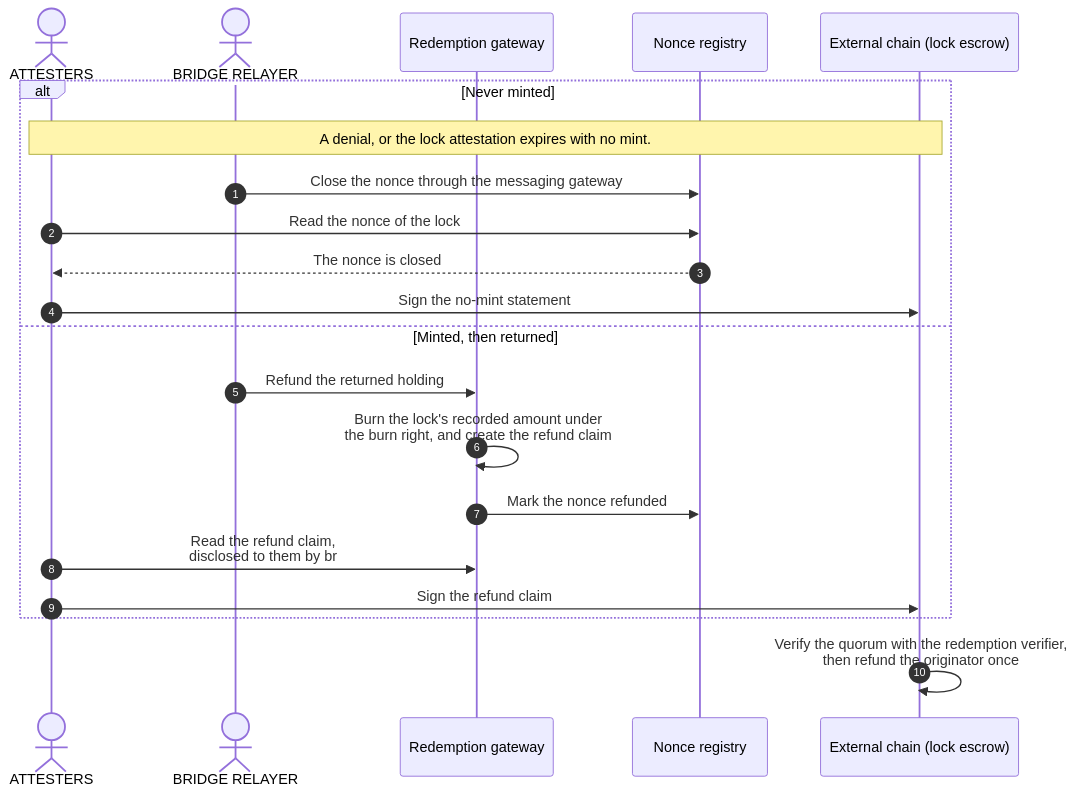
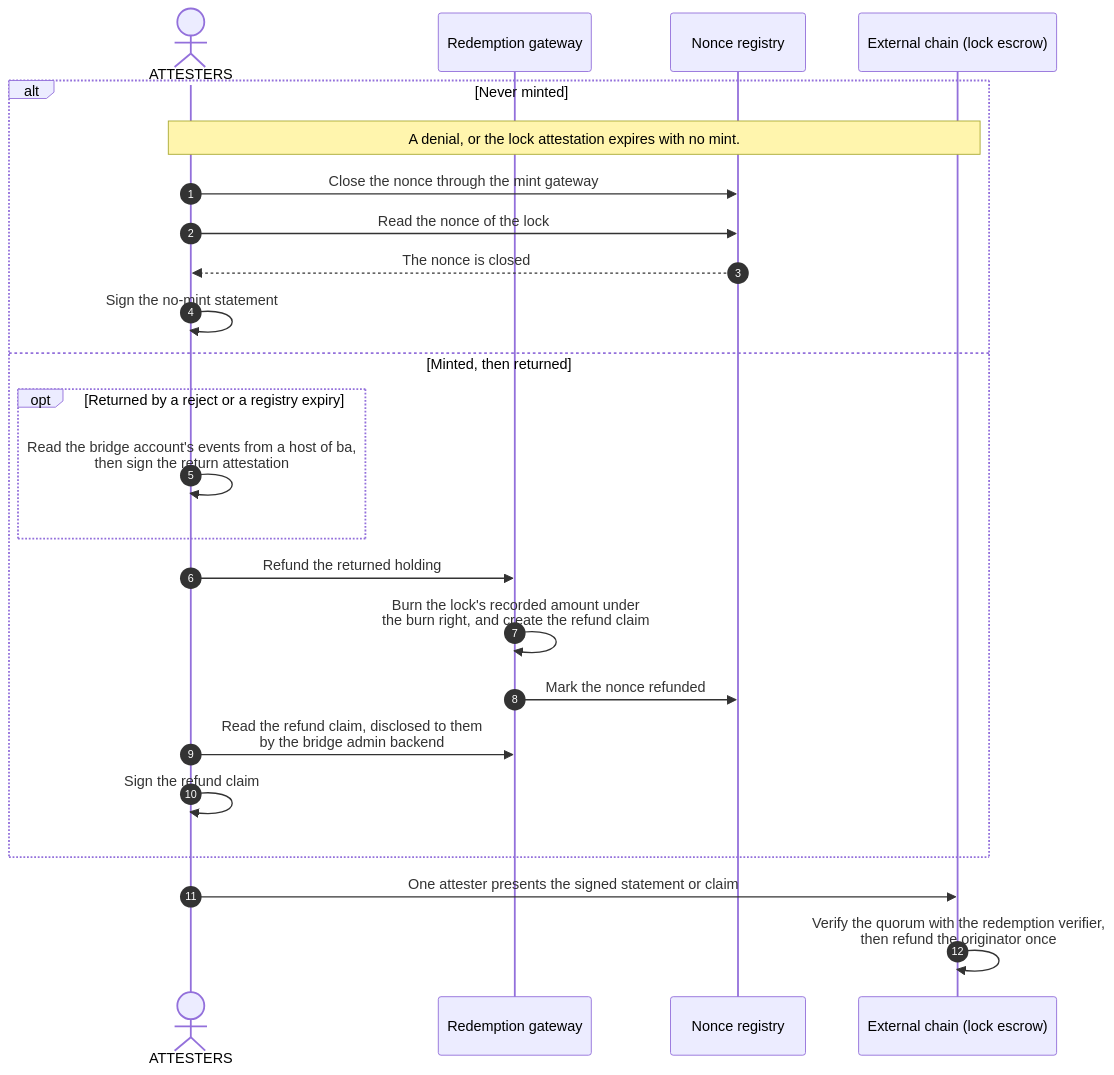
One commit to OpenZeppelin/canton-specs changed the fourth of 5 diagrams in docs/reference-architectures/cross-chain-stablecoin.md. Above: the diagram before and after it, drawn with Mermaid. The commit also changed other lines of this file and 1 other file, not shown here.

First line of the commit message:
cross-chain stablecoin bridge: Address review feedback (#226)

````diff
--- a/docs/reference-architectures/cross-chain-stablecoin.md
+++ b/docs/reference-architectures/cross-chain-stablecoin.md
@@ -544,24 +645,27 @@
 ```mermaid
 sequenceDiagram
     autonumber
     actor Attesters as ATTESTERS
-    actor Relayer as BRIDGE RELAYER
     participant Redeem as Redemption gateway
     participant Reg as Nonce registry
     participant Chain as External chain (lock escrow)
 
     alt Never minted
         Note over Attesters,Chain: A denial, or the lock attestation expires with no mint.
-        Relayer->>Reg: Close the nonce through the messaging gateway
+        Attesters->>Reg: Close the nonce through the mint gateway
         Attesters->>Reg: Read the nonce of the lock
         Reg-->>Attesters: The nonce is closed
-        Attesters->>Chain: Sign the no-mint statement
+        Attesters->>Attesters: Sign the no-mint statement
     else Minted, then returned
-        Relayer->>Redeem: Refund the returned holding
+        opt Returned by a reject or a registry expiry
+            Attesters->>Attesters: Read the bridge account's events from a host of ba,<br/>then sign the return attestation
+        end
+        Attesters->>Redeem: Refund the returned holding
         Redeem->>Redeem: Burn the lock's recorded amount under<br/>the burn right, and create the refund claim
         Redeem->>Reg: Mark the nonce refunded
-        Attesters->>Redeem: Read the refund claim,<br/>disclosed to them by br
-        Attesters->>Chain: Sign the refund claim
+        Attesters->>Redeem: Read the refund claim, disclosed to them<br/>by the bridge admin backend
+        Attesters->>Attesters: Sign the refund claim
     end
+    Attesters->>Chain: One attester presents the signed statement or claim
     Chain->>Chain: Verify the quorum with the redemption verifier,<br/>then refund the originator once
 ```
````
